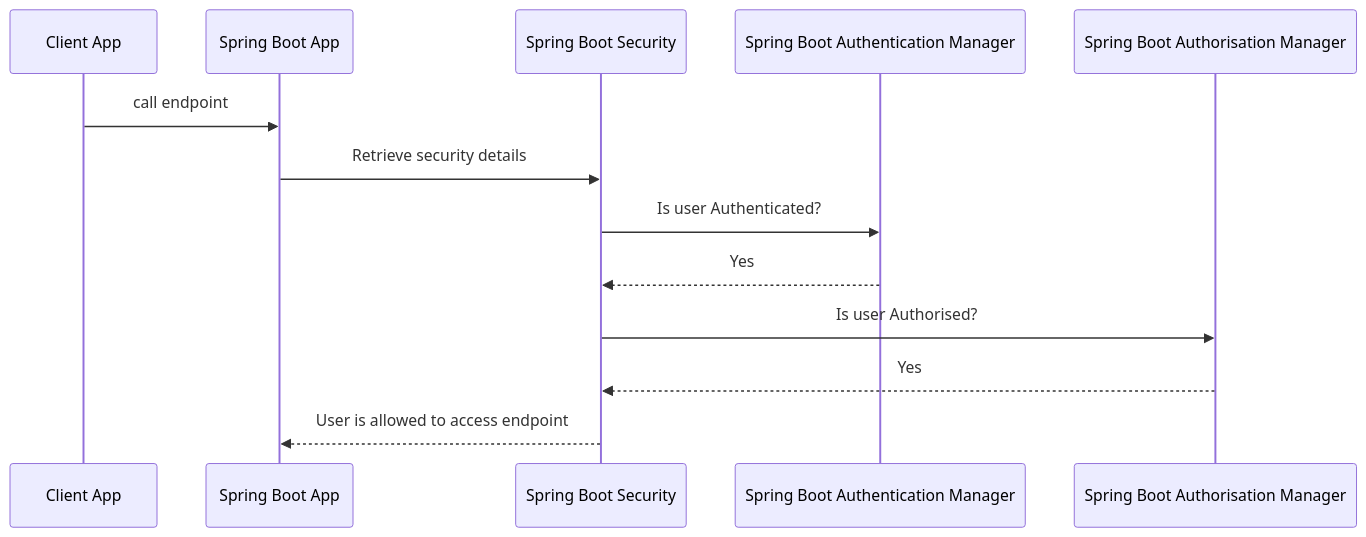
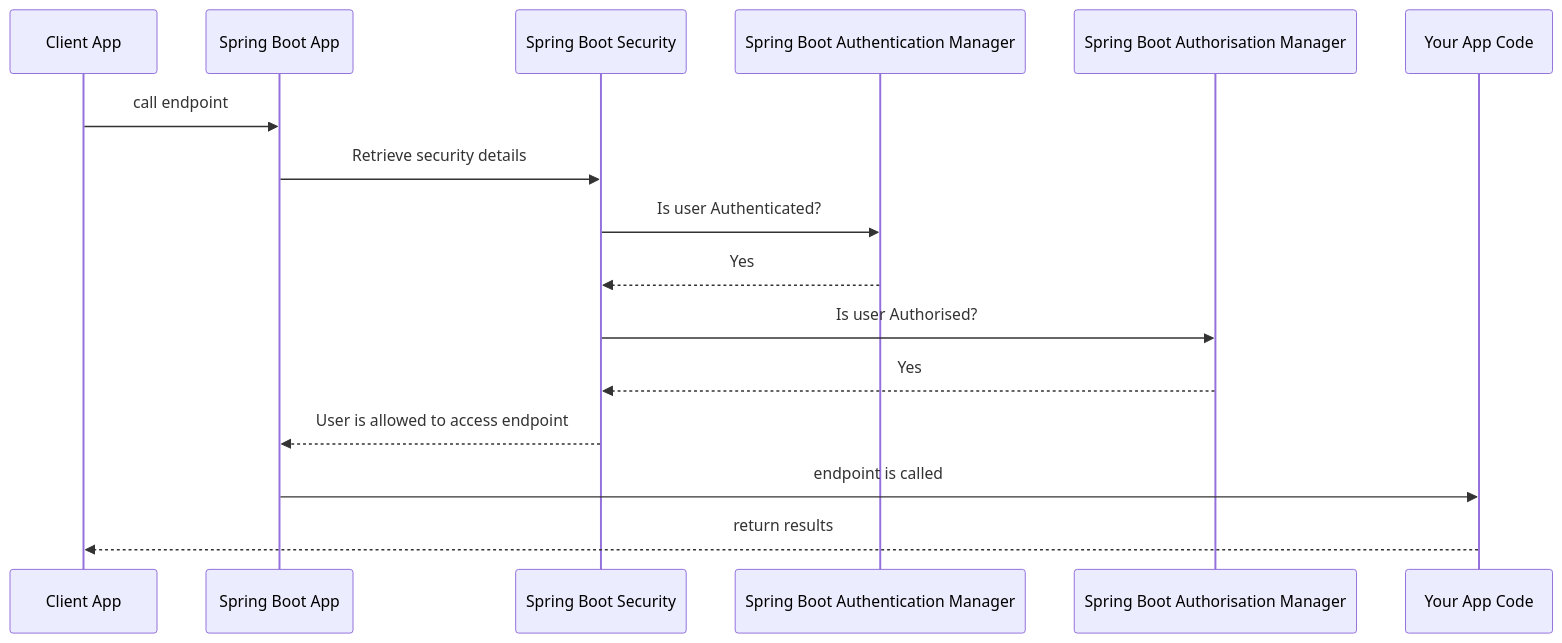
Before and after one commit to mrspaceman/my-blog-pages: the diagram in _drafts/2024-10-01-securing-a-spring-boot-app.md, drawn with Mermaid.

Commit message:
updating design

````diff
--- a/_drafts/2024-10-01-securing-a-spring-boot-app.md
+++ b/_drafts/2024-10-01-securing-a-spring-boot-app.md
@@ -44,11 +44,17 @@
 ```mermaid
+---
+config:
+  layout: elk
+  look: handDrawn
+---
 sequenceDiagram
-    Client App->>Spring Boot App: call endpoint
-    Spring Boot App->>Spring Boot Security: Retrieve security details
-    Spring Boot Security->>Spring Boot Authentication Manager: Is user Authenticated?
-    Spring Boot Authentication Manager-->>Spring Boot Security: Yes
-    Spring Boot Security->>Spring Boot Authorisation Manager: Is user Authorised?
-    Spring Boot Authorisation Manager-->>Spring Boot Security: Yes
-    Spring Boot Security-->>Spring Boot App: User is allowed to access endpoint
-
+    Client App ->> Spring Boot App: call endpoint
+    Spring Boot App ->> Spring Boot Security: Retrieve security details
+    Spring Boot Security ->> Spring Boot Authentication Manager: Is user Authenticated?
+    Spring Boot Authentication Manager -->> Spring Boot Security: Yes
+    Spring Boot Security ->> Spring Boot Authorisation Manager: Is user Authorised?
+    Spring Boot Authorisation Manager -->> Spring Boot Security: Yes
+    Spring Boot Security -->> Spring Boot App: User is allowed to access endpoint
+    Spring Boot App ->> Your App Code: endpoint is called
+    Your App Code -->> Client App: return results
 ```
````
